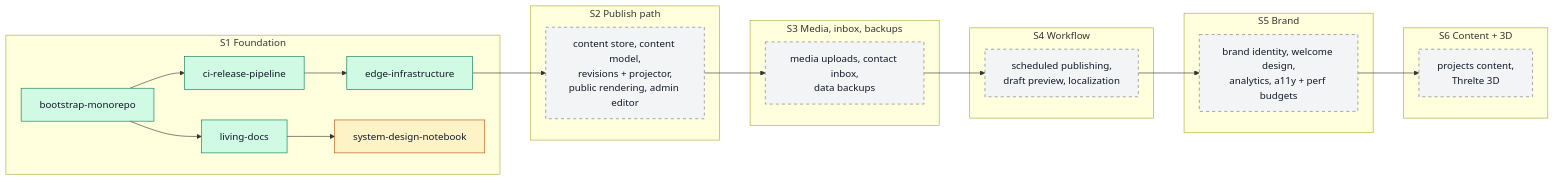
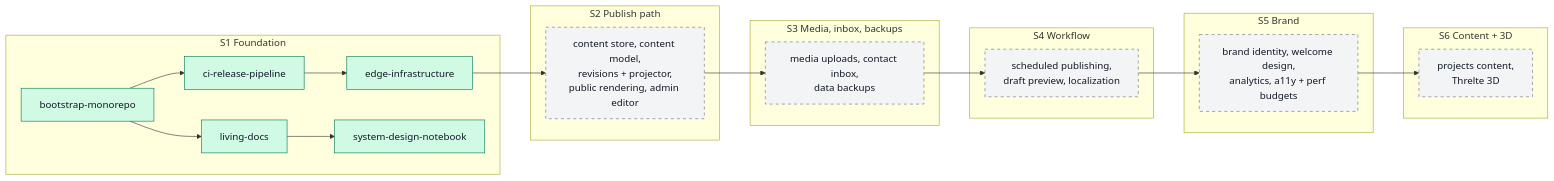
One commit to ycmcuenca/ycmcuenca-core changed the diagram in docs/ROADMAP.md. Above: the diagram before and after it, drawn with Mermaid. The commit also changed other lines of this file and 4 other files, not shown here.

First line of the commit message:
docs: point the notebook citations at the archived change

````diff
--- a/docs/ROADMAP.md
+++ b/docs/ROADMAP.md
@@ -37,35 +37,35 @@
 ```mermaid
 flowchart LR
     subgraph S1["S1 Foundation"]
         bootstrap["bootstrap-monorepo"]:::archived
         ci["ci-release-pipeline"]:::archived
         edge["edge-infrastructure"]:::archived
         docs["living-docs"]:::archived
-        notebook["system-design-notebook"]:::inProgress
+        notebook["system-design-notebook"]:::archived
     end
     subgraph S2["S2 Publish path"]
         s2["content store, content model,<br/>revisions + projector,<br/>public rendering, admin editor"]:::planned
     end
     subgraph S3["S3 Media, inbox, backups"]
         s3["media uploads, contact inbox,<br/>data backups"]:::planned
     end
     subgraph S4["S4 Workflow"]
         s4["scheduled publishing,<br/>draft preview, localization"]:::planned
     end
     subgraph S5["S5 Brand"]
         s5["brand identity, welcome design,<br/>analytics, a11y + perf budgets"]:::planned
     end
     subgraph S6["S6 Content + 3D"]
         s6["projects content,<br/>Threlte 3D"]:::planned
     end
 
     bootstrap --> ci --> edge
     bootstrap --> docs --> notebook
     edge --> s2 --> s3 --> s4 --> s5 --> s6
 
     classDef archived fill:#d1fae5,stroke:#047857,color:#111827
     classDef merged fill:#dbeafe,stroke:#1d4ed8,color:#111827
     classDef inProgress fill:#fef3c7,stroke:#b45309,color:#111827
     classDef proposed fill:#ede9fe,stroke:#6d28d9,color:#111827
     classDef planned fill:#f3f4f6,stroke:#6b7280,color:#111827,stroke-dasharray:5 5
 ```
````
